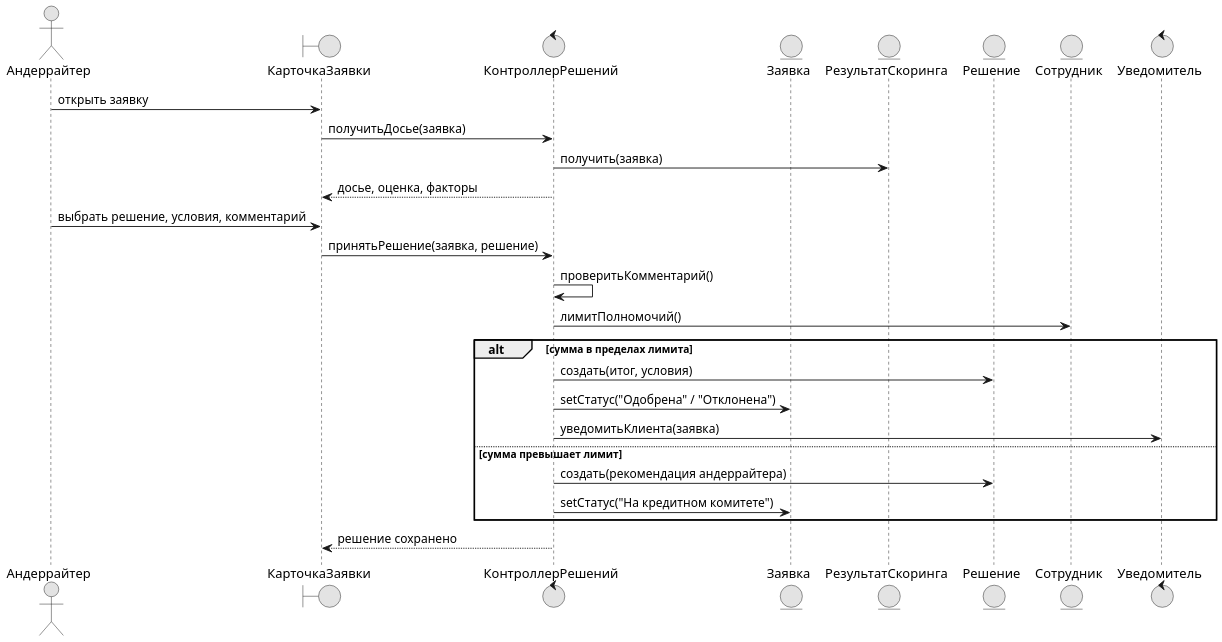
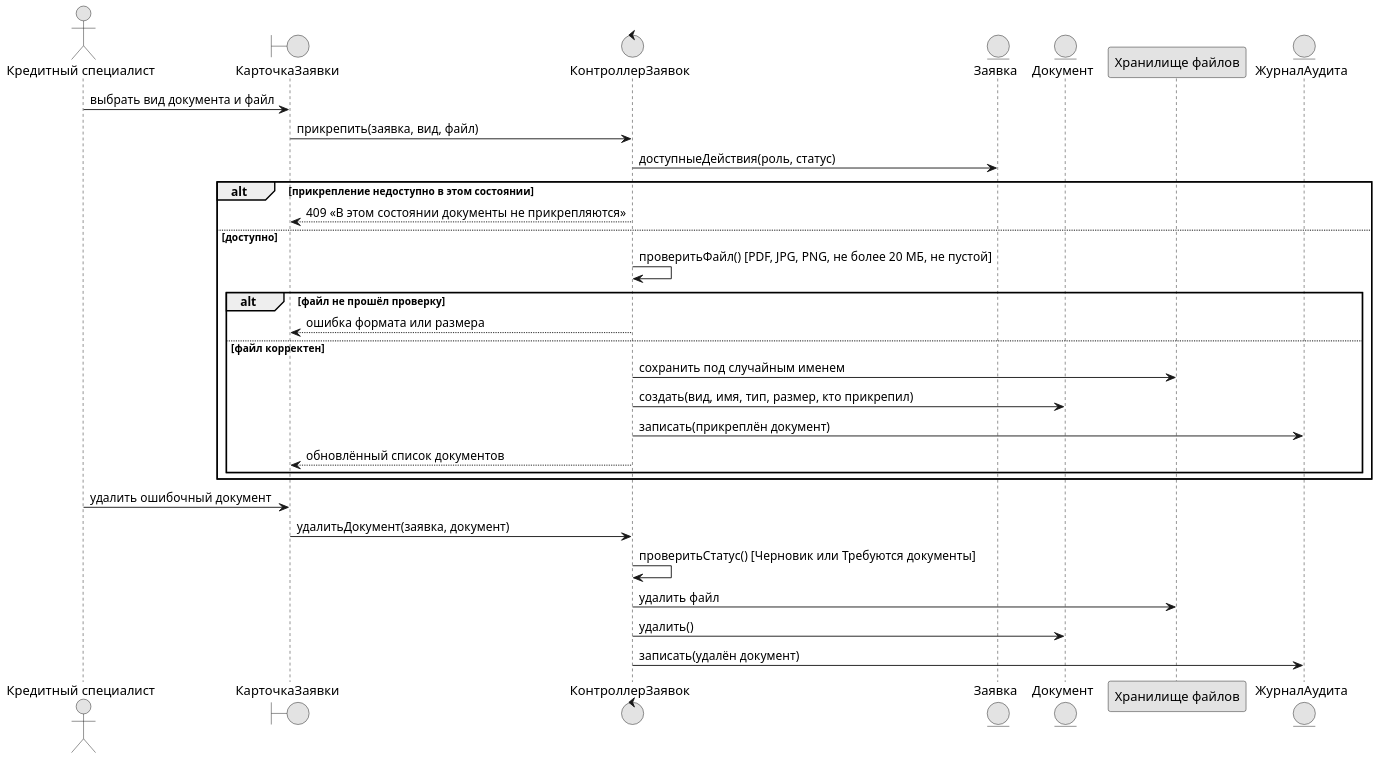
Before and after one commit to DarkSwordman999/credit-scoring-dss: the diagram in diagrams/uml_seq_2.puml, drawn with PlantUML. The commit also changed 177 other files, not shown here.

Commit message:
ПР 7-8 пересобран: диаграммы взаимодействия по всем вариантам использования, классы, состояния, компоненты и развёртывание

```diff
--- a/diagrams/uml_seq_2.puml
+++ b/diagrams/uml_seq_2.puml
@@ -1,32 +1,36 @@
 @startuml
 !pragma layout smetana
 skinparam dpi 150
 skinparam defaultFontName Arial
 skinparam shadowing false
 skinparam monochrome true
-actor "Андеррайтер" as UW
+actor "Кредитный специалист" as KS
 boundary "КарточкаЗаявки" as UI
-control "КонтроллерРешений" as C
+control "КонтроллерЗаявок" as C
 entity "Заявка" as AP
-entity "РезультатСкоринга" as R
-entity "Решение" as D
-entity "Сотрудник" as E
-control "Уведомитель" as N
-UW -> UI : открыть заявку
-UI -> C : получитьДосье(заявка)
-C -> R : получить(заявка)
-C --> UI : досье, оценка, факторы
-UW -> UI : выбрать решение, условия, комментарий
-UI -> C : принятьРешение(заявка, решение)
-C -> C : проверитьКомментарий()
-C -> E : лимитПолномочий()
-alt сумма в пределах лимита
-  C -> D : создать(итог, условия)
-  C -> AP : setСтатус("Одобрена" / "Отклонена")
-  C -> N : уведомитьКлиента(заявка)
-else сумма превышает лимит
-  C -> D : создать(рекомендация андеррайтера)
-  C -> AP : setСтатус("На кредитном комитете")
+entity "Документ" as D
+participant "Хранилище файлов" as FS
+entity "ЖурналАудита" as AU
+KS -> UI : выбрать вид документа и файл
+UI -> C : прикрепить(заявка, вид, файл)
+C -> AP : доступныеДействия(роль, статус)
+alt прикрепление недоступно в этом состоянии
+  C --> UI : 409 «В этом состоянии документы не прикрепляются»
+else доступно
+  C -> C : проверитьФайл() [PDF, JPG, PNG, не более 20 МБ, не пустой]
+  alt файл не прошёл проверку
+    C --> UI : ошибка формата или размера
+  else файл корректен
+    C -> FS : сохранить под случайным именем
+    C -> D : создать(вид, имя, тип, размер, кто прикрепил)
+    C -> AU : записать(прикреплён документ)
+    C --> UI : обновлённый список документов
+  end
 end
-C --> UI : решение сохранено
+KS -> UI : удалить ошибочный документ
+UI -> C : удалитьДокумент(заявка, документ)
+C -> C : проверитьСтатус() [Черновик или Требуются документы]
+C -> FS : удалить файл
+C -> D : удалить()
+C -> AU : записать(удалён документ)
 @enduml
```
